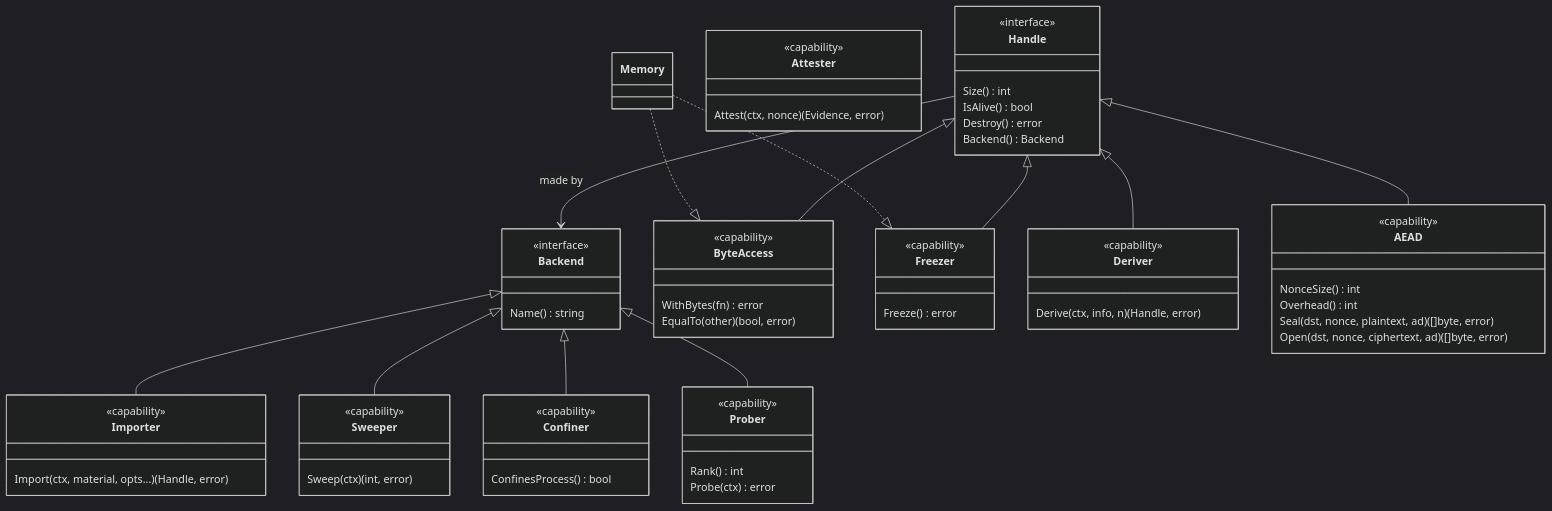
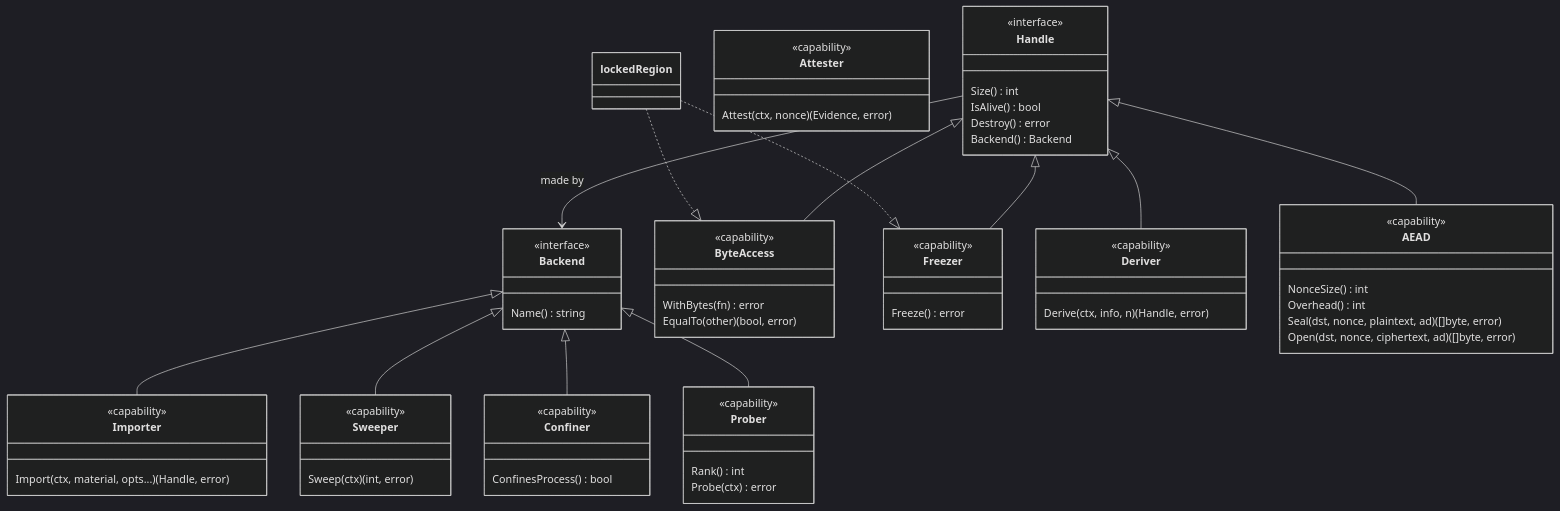
Before and after one commit to jeremyhahn/go-enclave: the first of 4 diagrams in docs/backends/architecture.md, drawn with Mermaid (dark theme). The commit also changed other lines of this file and 60 other files, not shown here.

````diff
--- a/docs/backends/architecture.md
+++ b/docs/backends/architecture.md
@@ -26,66 +26,66 @@
 ```mermaid
 classDiagram
   class Handle {
     <<interface>>
     Size() int
     IsAlive() bool
     Destroy() error
     Backend() Backend
   }
   class Backend {
     <<interface>>
     Name() string
   }
   class ByteAccess {
     <<capability>>
     WithBytes(fn) error
     EqualTo(other) (bool, error)
   }
   class Freezer {
     <<capability>>
     Freeze() error
   }
   class Deriver {
     <<capability>>
     Derive(ctx, info, n) (Handle, error)
   }
   class AEAD {
     <<capability>>
     NonceSize() int
     Overhead() int
     Seal(dst, nonce, plaintext, ad) ([]byte, error)
     Open(dst, nonce, ciphertext, ad) ([]byte, error)
   }
   class Attester {
     <<capability>>
     Attest(ctx, nonce) (Evidence, error)
   }
   class Importer {
     <<capability>>
     Import(ctx, material, opts...) (Handle, error)
   }
   class Sweeper {
     <<capability>>
     Sweep(ctx) (int, error)
   }
   class Confiner {
     <<capability>>
     ConfinesProcess() bool
   }
   class Prober {
     <<capability>>
     Rank() int
     Probe(ctx) error
   }
   Handle <|-- ByteAccess
   Handle <|-- Freezer
   Handle <|-- Deriver
   Handle <|-- AEAD
   Backend <|-- Importer
   Backend <|-- Sweeper
   Backend <|-- Confiner
   Backend <|-- Prober
   Handle --> Backend : made by
-  Memory ..|> ByteAccess
-  Memory ..|> Freezer
+  lockedRegion ..|> ByteAccess
+  lockedRegion ..|> Freezer
 ```
````
